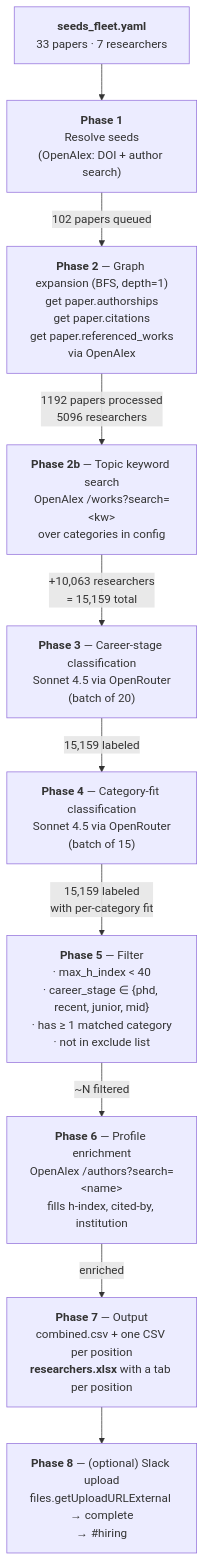
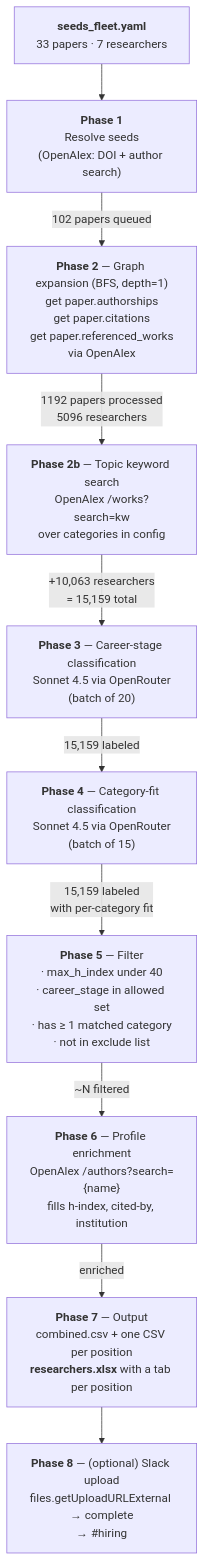
Before and after one commit to fleet-ai/researcher-scrape: the first of 2 diagrams in PIPELINE.md, drawn with Mermaid. The commit also changed other lines of this file, not shown here.

Commit message:
Fix Mermaid parse errors in PIPELINE.md
GitHub's Mermaid parser rejects HTML entities (&lt;, &gt;) inside
sequenceDiagram message labels, and is picky about them in flowchart
labels too. Replaced with literal alternatives.

````diff
--- a/PIPELINE.md
+++ b/PIPELINE.md
@@ -7,27 +7,27 @@
 ```mermaid
 flowchart TD
     A["<b>seeds_fleet.yaml</b><br/>33 papers · 7 researchers"] --> B
     B["<b>Phase 1</b><br/>Resolve seeds<br/>(OpenAlex: DOI + author search)"]
     B -->|"102 papers queued"| C
 
     C["<b>Phase 2</b> — Graph expansion (BFS, depth=1)<br/>get paper.authorships<br/>get paper.citations<br/>get paper.referenced_works<br/>via OpenAlex"]
     C -->|"1192 papers processed<br/>5096 researchers"| D
 
-    D["<b>Phase 2b</b> — Topic keyword search<br/>OpenAlex /works?search=&lt;kw&gt;<br/>over categories in config"]
+    D["<b>Phase 2b</b> — Topic keyword search<br/>OpenAlex /works?search=kw<br/>over categories in config"]
     D -->|"+10,063 researchers<br/>= 15,159 total"| E
 
     E["<b>Phase 3</b> — Career-stage classification<br/>Sonnet 4.5 via OpenRouter<br/>(batch of 20)"]
     E -->|"15,159 labeled"| F
 
     F["<b>Phase 4</b> — Category-fit classification<br/>Sonnet 4.5 via OpenRouter<br/>(batch of 15)"]
     F -->|"15,159 labeled<br/>with per-category fit"| G
 
-    G["<b>Phase 5</b> — Filter<br/>· max_h_index &lt; 40<br/>· career_stage ∈ {phd, recent, junior, mid}<br/>· has ≥ 1 matched category<br/>· not in exclude list"]
+    G["<b>Phase 5</b> — Filter<br/>· max_h_index under 40<br/>· career_stage in allowed set<br/>· has ≥ 1 matched category<br/>· not in exclude list"]
     G -->|"~N filtered"| H
 
-    H["<b>Phase 6</b> — Profile enrichment<br/>OpenAlex /authors?search=&lt;name&gt;<br/>fills h-index, cited-by, institution"]
+    H["<b>Phase 6</b> — Profile enrichment<br/>OpenAlex /authors?search={name}<br/>fills h-index, cited-by, institution"]
     H -->|"enriched"| I
 
     I["<b>Phase 7</b> — Output<br/>combined.csv + one CSV per position<br/><b>researchers.xlsx</b> with a tab per position"]
     I --> J["<b>Phase 8</b> — (optional) Slack upload<br/>files.getUploadURLExternal → complete<br/>→ #hiring"]
 ```
````
